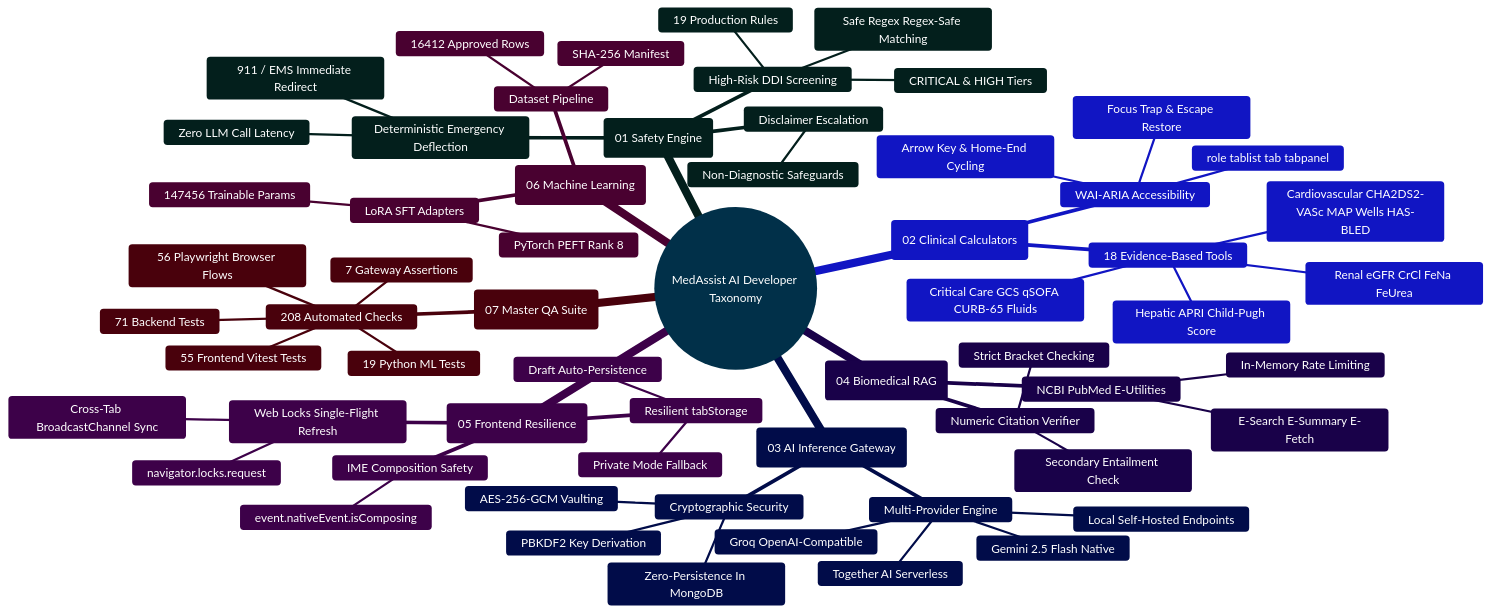
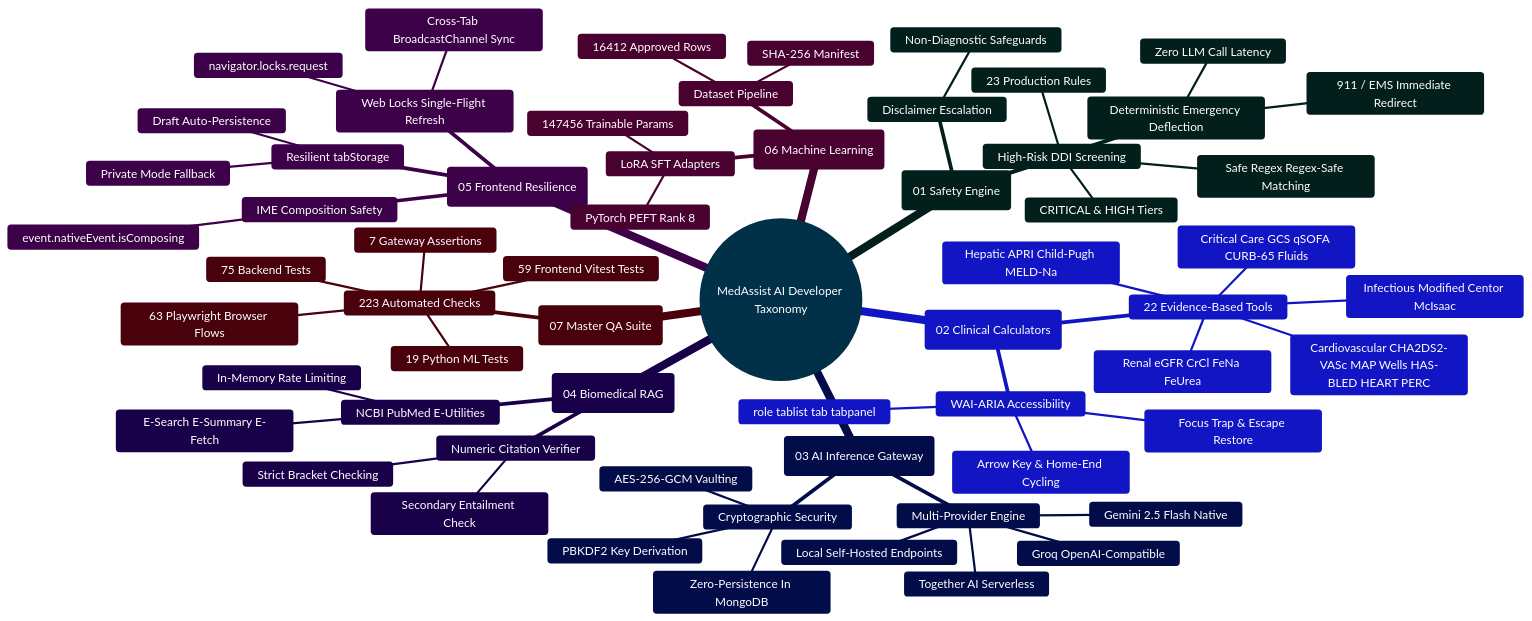
The diagram in docs/DEVELOPER_EXTENSION_AND_ONBOARDING_GUIDE.md (Ganesh172919/React-App-LLM), drawn with Mermaid before and after one commit. The commit also changed other lines of this file and 67 other files, not shown here.

````diff
--- a/docs/DEVELOPER_EXTENSION_AND_ONBOARDING_GUIDE.md
+++ b/docs/DEVELOPER_EXTENSION_AND_ONBOARDING_GUIDE.md
@@ -22,73 +22,74 @@
 ```mermaid
 %%{init: {'theme': 'base', 'themeVariables': { 'primaryColor': '#0284c7', 'primaryTextColor': '#ffffff', 'primaryBorderColor': '#0369a1', 'lineColor': '#0284c7', 'secondaryColor': '#0d9488', 'tertiaryColor': '#6366f1' }}}%%
 mindmap
   root((MedAssist AI Developer Taxonomy))
     ::icon(fa fa-code-branch)
     (01 Safety Engine)
       ::icon(fa fa-shield-virus)
       High-Risk DDI Screening
-        19 Production Rules
+        23 Production Rules
         Safe Regex Regex-Safe Matching
         CRITICAL & HIGH Tiers
       Deterministic Emergency Deflection
         911 / EMS Immediate Redirect
         Zero LLM Call Latency
       Disclaimer Escalation
         Non-Diagnostic Safeguards
     (02 Clinical Calculators)
       ::icon(fa fa-calculator)
-      18 Evidence-Based Tools
+      22 Evidence-Based Tools
         Renal eGFR CrCl FeNa FeUrea
-        Cardiovascular CHA2DS2-VASc MAP Wells HAS-BLED
+        Cardiovascular CHA2DS2-VASc MAP Wells HAS-BLED HEART PERC
         Critical Care GCS qSOFA CURB-65 Fluids
-        Hepatic APRI Child-Pugh Score
+        Hepatic APRI Child-Pugh MELD-Na
+        Infectious Modified Centor McIsaac
       WAI-ARIA Accessibility
         role tablist tab tabpanel
         Arrow Key & Home-End Cycling
         Focus Trap & Escape Restore
     (03 AI Inference Gateway)
       ::icon(fa fa-brain)
       Multi-Provider Engine
         Gemini 2.5 Flash Native
         Groq OpenAI-Compatible
         Together AI Serverless
         Local Self-Hosted Endpoints
       Cryptographic Security
         AES-256-GCM Vaulting
         PBKDF2 Key Derivation
         Zero-Persistence In MongoDB
     (04 Biomedical RAG)
       ::icon(fa fa-book-medical)
       NCBI PubMed E-Utilities
         E-Search E-Summary E-Fetch
         In-Memory Rate Limiting
       Numeric Citation Verifier
         Strict Bracket Checking
         Secondary Entailment Check
     (05 Frontend Resilience)
       ::icon(fa fa-desktop)
       Web Locks Single-Flight Refresh
         navigator.locks.request
         Cross-Tab BroadcastChannel Sync
       Resilient tabStorage
         Private Mode Fallback
         Draft Auto-Persistence
       IME Composition Safety
         event.nativeEvent.isComposing
     (06 Machine Learning)
       ::icon(fa fa-dna)
       Dataset Pipeline
         16412 Approved Rows
         SHA-256 Manifest
       LoRA SFT Adapters
         147456 Trainable Params
         PyTorch PEFT Rank 8
     (07 Master QA Suite)
       ::icon(fa fa-check-double)
-      208 Automated Checks
-        71 Backend Tests
-        55 Frontend Vitest Tests
+      223 Automated Checks
+        75 Backend Tests
+        59 Frontend Vitest Tests
         19 Python ML Tests
         7 Gateway Assertions
-        56 Playwright Browser Flows
+        63 Playwright Browser Flows
 ```
````
